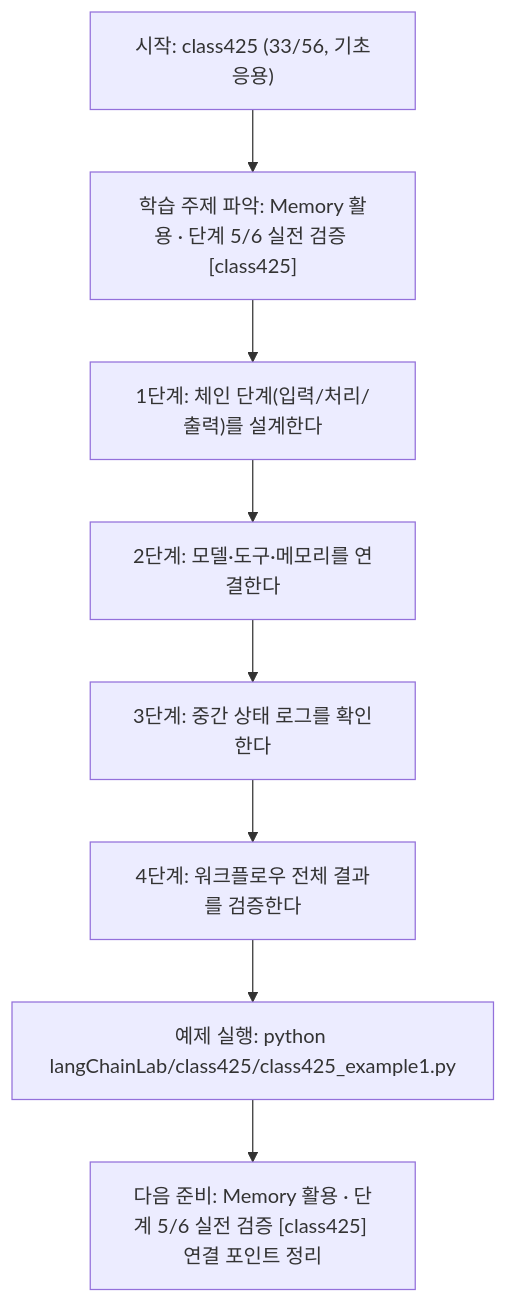
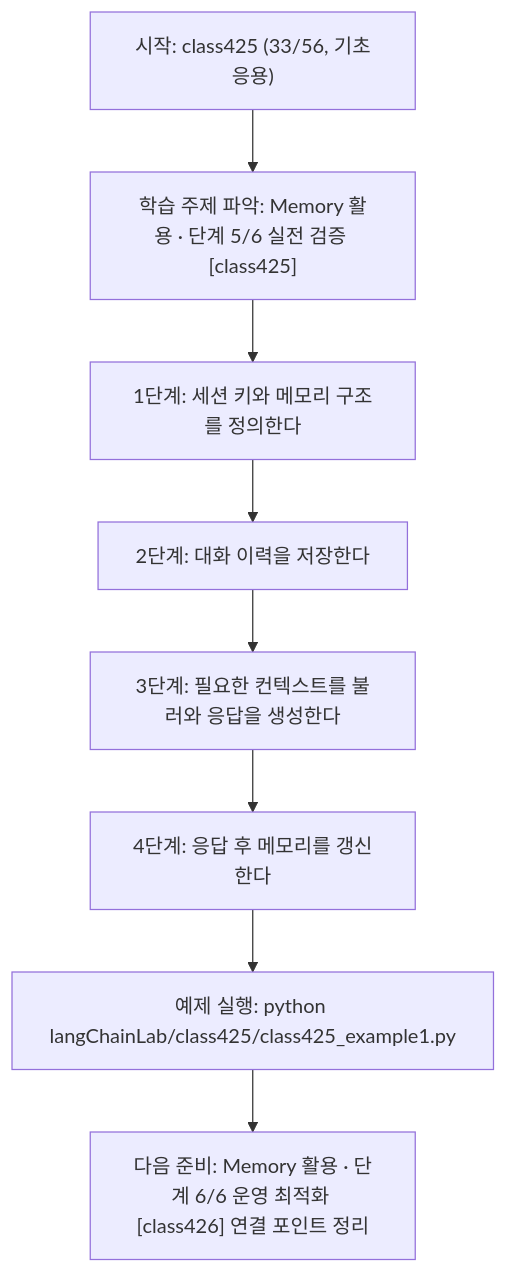
One commit to edumgt/Python-AI_Agent-Class changed the diagram in langChainLab/class425/class425.md. Above: the diagram before and after it, drawn with Mermaid. The commit also changed other lines of this file and 395 other files, not shown here.

````diff
--- a/langChainLab/class425/class425.md
+++ b/langChainLab/class425/class425.md
@@ -109,18 +91,18 @@
 ```mermaid
 flowchart TD
 N1["시작: class425 (33/56, 기초응용)"]
 N2["학습 주제 파악: Memory 활용 · 단계 5/6 실전 검증 [class425]"]
-N3["1단계: 체인 단계(입력/처리/출력)를 설계한다"]
-N4["2단계: 모델·도구·메모리를 연결한다"]
-N5["3단계: 중간 상태 로그를 확인한다"]
-N6["4단계: 워크플로우 전체 결과를 검증한다"]
+N3["1단계: 세션 키와 메모리 구조를 정의한다"]
+N4["2단계: 대화 이력을 저장한다"]
+N5["3단계: 필요한 컨텍스트를 불러와 응답을 생성한다"]
+N6["4단계: 응답 후 메모리를 갱신한다"]
 N7["예제 실행: python langChainLab/class425/class425_example1.py"]
-N8["다음 준비: Memory 활용 · 단계 5/6 실전 검증 [class425] 연결 포인트 정리"]
+N8["다음 준비: Memory 활용 · 단계 6/6 운영 최적화 [class426] 연결 포인트 정리"]
 N1 --> N2
 N2 --> N3
 N3 --> N4
 N4 --> N5
 N5 --> N6
 N6 --> N7
 N7 --> N8
 ```
````
